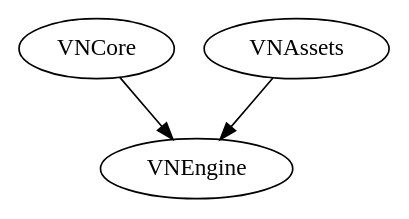
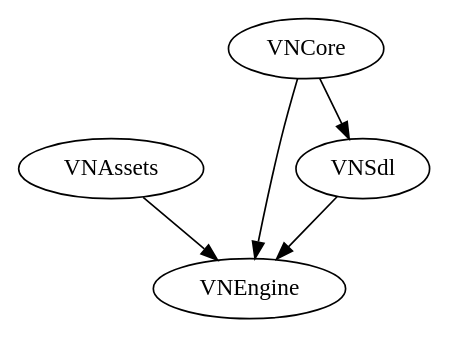
Before and after one commit to kieranknowles1/vulcanite: the diagram in docs/modules.dot, drawn with Graphviz. The commit also changed 16 other files, not shown here.

```diff
--- a/docs/modules.dot
+++ b/docs/modules.dot
@@ -1,10 +1,13 @@
 digraph {
+  VNAssets
   VNCore
-
-  VNAssets
-
   VNEngine
+  VNSdl
 
   VNCore -> VNEngine
+
   VNAssets -> VNEngine
+
+  VNCore -> VNSdl
+  VNSdl -> VNEngine
 }
```
